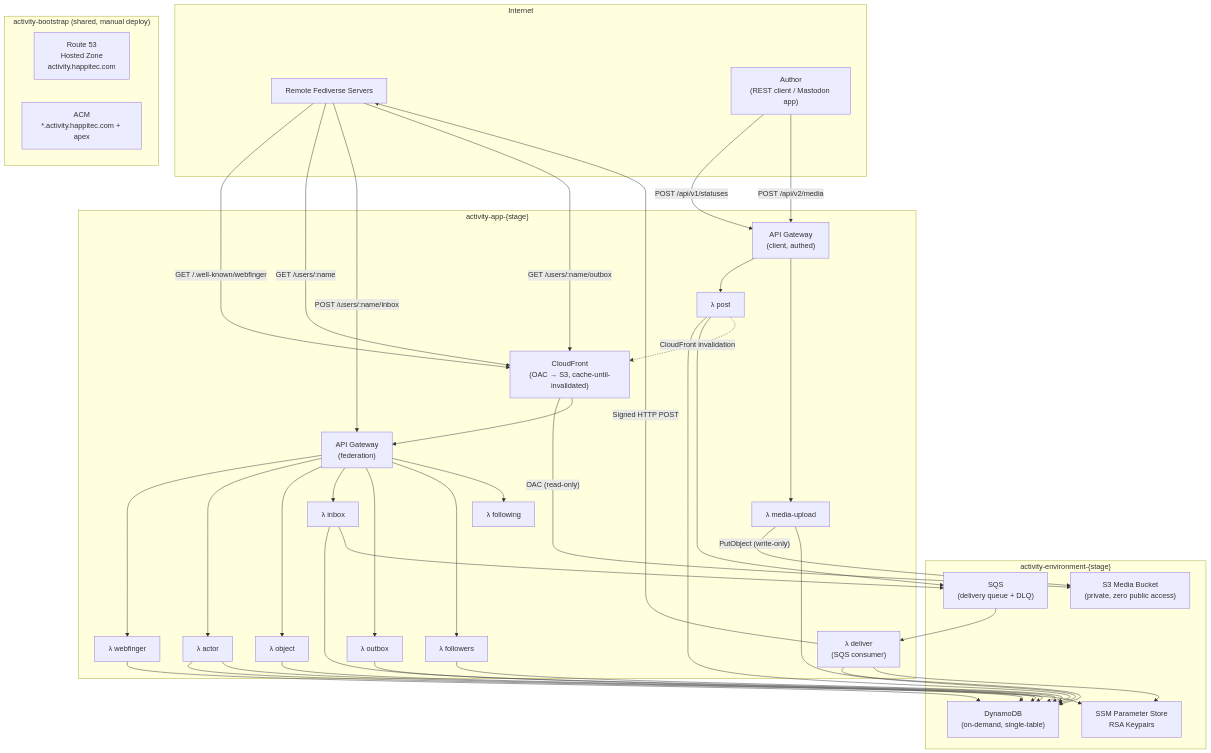
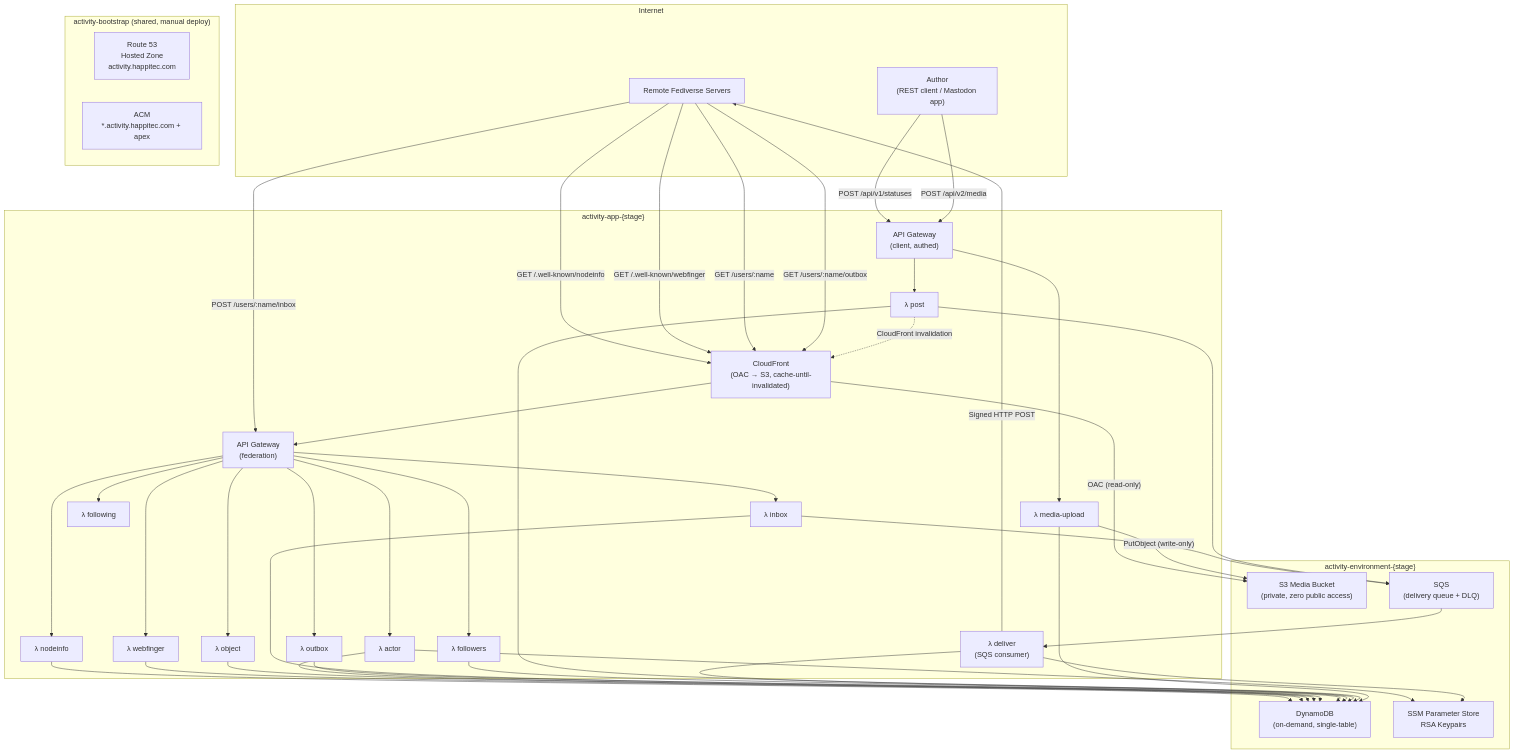
Before and after one commit to happitec-inc/FederatedActivityPublisher: the first of 4 diagrams in docs/PROJECT-PLAN.md, drawn with Mermaid. The commit also changed other lines of this file, not shown here.

````diff
--- a/docs/PROJECT-PLAN.md
+++ b/docs/PROJECT-PLAN.md
@@ -31,75 +31,79 @@
 ```mermaid
 flowchart TB
     subgraph "Internet"
         FED["Remote Fediverse Servers"]
         AUTHOR["Author<br/>(REST client / Mastodon app)"]
     end
 
     subgraph "activity-bootstrap (shared, manual deploy)"
         R53["Route 53<br/>Hosted Zone<br/>activity.happitec.com"]
         ACM["ACM<br/>*.activity.happitec.com + apex"]
     end
 
     subgraph "activity-environment-{stage}"
         S3["S3 Media Bucket<br/>(private, zero public access)"]
         DDB["DynamoDB<br/>(on-demand, single-table)"]
         SQS["SQS<br/>(delivery queue + DLQ)"]
         SM["SSM Parameter Store<br/>RSA Keypairs"]
     end
 
     subgraph "activity-app-{stage}"
         CF["CloudFront<br/>(OAC → S3, cache-until-invalidated)"]
         APIGW_S["API Gateway<br/>(federation)"]
+        NI["λ nodeinfo"]
         WF["λ webfinger"]
         ACTOR["λ actor"]
         OBJECT["λ object"]
         INBOX["λ inbox"]
         OUTBOX["λ outbox"]
         FOLLOWERS["λ followers"]
         FOLLOWING["λ following"]
         DELIVER["λ deliver<br/>(SQS consumer)"]
         APIGW_C["API Gateway<br/>(client, authed)"]
         POST["λ post"]
         MEDIA["λ media-upload"]
     end
 
+    FED -->|"GET /.well-known/nodeinfo"| CF
     FED -->|"GET /.well-known/webfinger"| CF
     FED -->|"GET /users/:name"| CF
     FED -->|"POST /users/:name/inbox"| APIGW_S
     FED -->|"GET /users/:name/outbox"| CF
 
     AUTHOR -->|"POST /api/v1/statuses"| APIGW_C
     AUTHOR -->|"POST /api/v2/media"| APIGW_C
 
     CF -->|"OAC (read-only)"| S3
     CF --> APIGW_S
+    APIGW_S --> NI
     APIGW_S --> WF
     APIGW_S --> ACTOR
     APIGW_S --> OBJECT
     APIGW_S --> INBOX
     APIGW_S --> OUTBOX
     APIGW_S --> FOLLOWERS
     APIGW_S --> FOLLOWING
 
+    NI --> DDB
     WF --> DDB
     ACTOR --> DDB
     ACTOR --> SM
     OBJECT --> DDB
     INBOX --> DDB
     INBOX --> SQS
     OUTBOX --> DDB
     FOLLOWERS --> DDB
 
     SQS --> DELIVER
     DELIVER --> DDB
     DELIVER --> SM
     DELIVER -->|"Signed HTTP POST"| FED
 
     APIGW_C --> POST
     APIGW_C --> MEDIA
     POST --> DDB
     POST --> SQS
     POST -.->|"CloudFront invalidation"| CF
     MEDIA -->|"PutObject (write-only)"| S3
     MEDIA --> DDB
 ```
````
